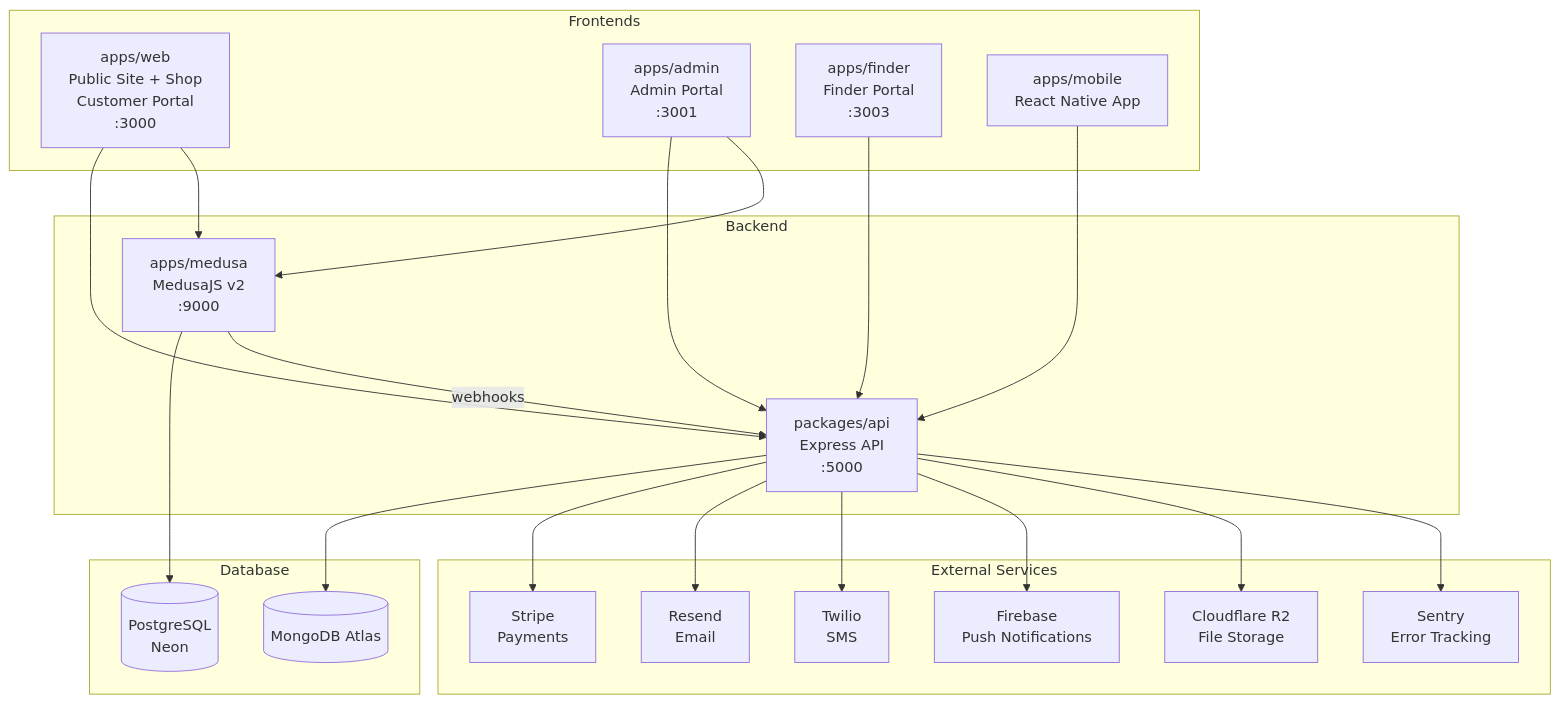
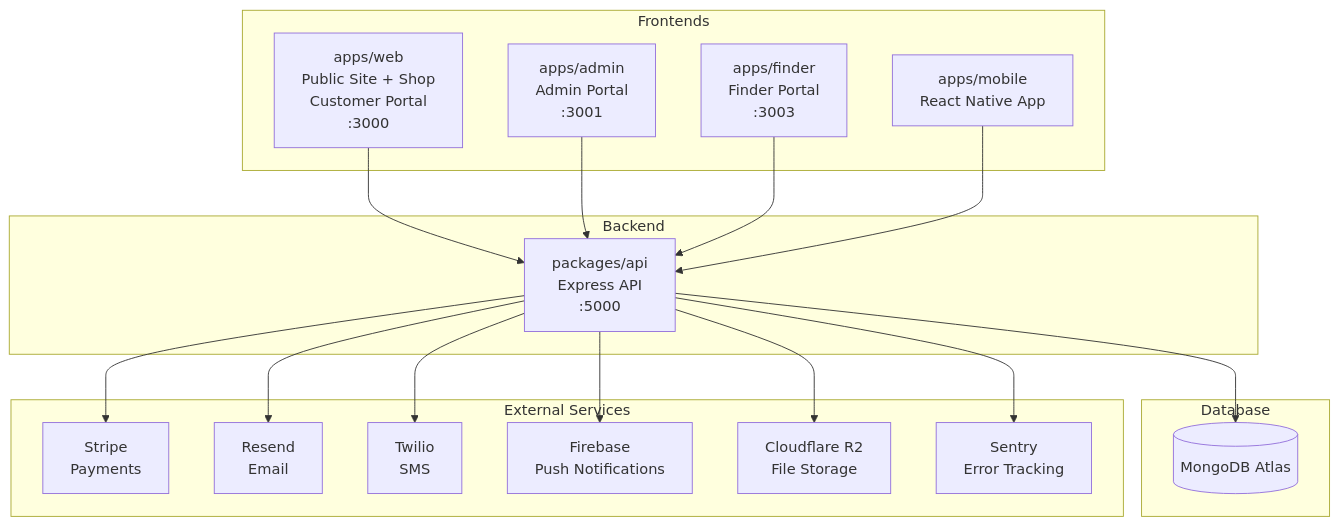
Before and after one commit to bhagatarpan/PawTag: the first of 6 diagrams in README.md, drawn with Mermaid. The commit also changed other lines of this file and 40 other files, not shown here.

First line of the commit message:
Remove MedusaJS remnants, fix Shop layout, and admin portal improvements

````diff
--- a/README.md
+++ b/README.md
@@ -123,45 +123,39 @@
 ```mermaid
 flowchart TD
     subgraph Frontends
         Web["apps/web<br/>Public Site + Shop<br/>Customer Portal<br/>:3000"]
         Admin["apps/admin<br/>Admin Portal<br/>:3001"]
         Finder["apps/finder<br/>Finder Portal<br/>:3003"]
         Mobile["apps/mobile<br/>React Native App"]
     end
 
     subgraph Backend
         API["packages/api<br/>Express API<br/>:5000"]
-        Medusa["apps/medusa<br/>MedusaJS v2<br/>:9000"]
     end
 
     subgraph Database
         MongoDB[(MongoDB Atlas)]
-        PostgreSQL[(PostgreSQL<br/>Neon)]
     end
 
     subgraph External Services
         Stripe["Stripe<br/>Payments"]
         Resend["Resend<br/>Email"]
         Twilio["Twilio<br/>SMS"]
         Firebase["Firebase<br/>Push Notifications"]
         R2["Cloudflare R2<br/>File Storage"]
         Sentry["Sentry<br/>Error Tracking"]
     end
 
     Web --> API
-    Web --> Medusa
     Admin --> API
-    Admin --> Medusa
     Finder --> API
     Mobile --> API
 
     API --> MongoDB
-    Medusa --> PostgreSQL
     API --> Stripe
     API --> Resend
     API --> Twilio
     API --> Firebase
     API --> R2
     API --> Sentry
-    Medusa -->|"webhooks"| API
 ```
````
